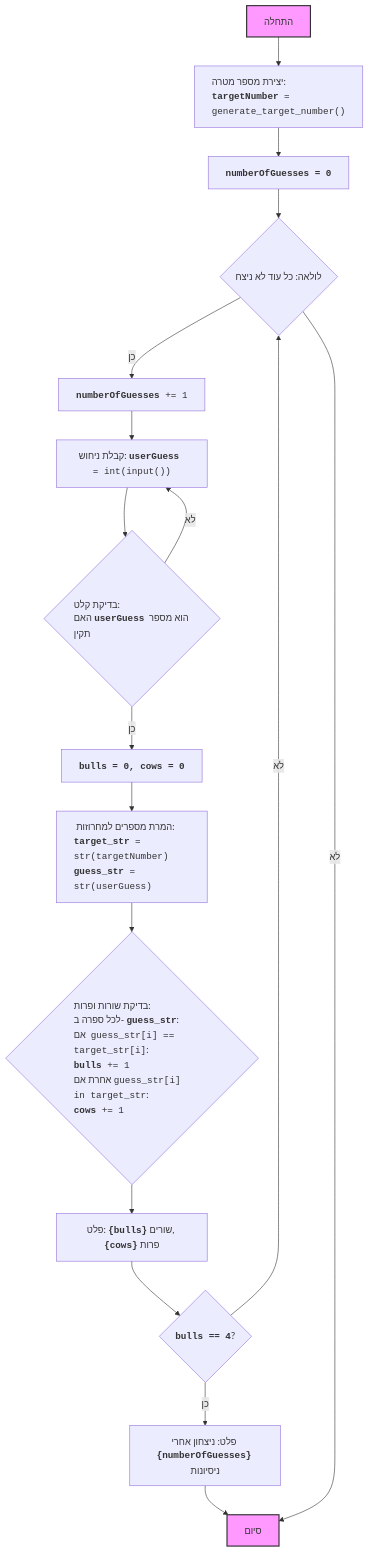
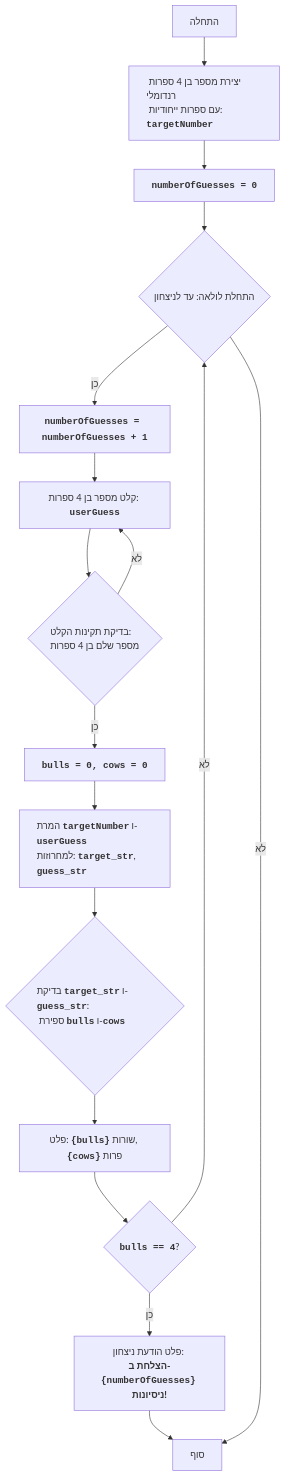
One commit to hypo69/hypo changed the diagram in docs/gemini/he/explainer/src/endpoints/ai_games/101_basic_computer_games/ru/GAMES/BULLCOW/bullcow.py.md. Above: the diagram before and after it, drawn with Mermaid. The commit also changed other lines of this file and 885 other files, not shown here.

````diff
--- a/docs/gemini/he/explainer/src/endpoints/ai_games/101_basic_computer_games/ru/GAMES/BULLCOW/bullcow.py.md
+++ b/docs/gemini/he/explainer/src/endpoints/ai_games/101_basic_computer_games/ru/GAMES/BULLCOW/bullcow.py.md
@@ -63,22 +42,19 @@
 ```mermaid
 flowchart TD
-    Start["התחלה"] --> GenerateTargetNumber["<p align='left'>יצירת מספר מטרה: <br><code><b>targetNumber</b> = generate_target_number()</code></p>"]
+    Start[התחלה] --> GenerateTargetNumber["<p align='left'>יצירת מספר בן 4 ספרות רנדומלי <br> עם ספרות ייחודיות: <code><b>targetNumber</b></code></p>"]
     GenerateTargetNumber --> InitializeGuesses["<code><b>numberOfGuesses = 0</b></code>"]
-    InitializeGuesses --> LoopStart{"לולאה: כל עוד לא ניצח"}
-    LoopStart -- כן --> IncreaseGuesses["<code><b>numberOfGuesses</b> += 1</code>"]
-    IncreaseGuesses --> InputGuess["קבלת ניחוש: <code><b>userGuess</b> = int(input())</code>"]
-    InputGuess --> ValidateInput{"<p align='left'>בדיקת קלט: <br>האם <code><b>userGuess</b></code> הוא מספר תקין</p>"}
+    InitializeGuesses --> LoopStart{"התחלת לולאה: עד לניצחון"}
+    LoopStart -- כן --> IncreaseGuesses["<code><b>numberOfGuesses = numberOfGuesses + 1</b></code>"]
+    IncreaseGuesses --> InputGuess["קלט מספר בן 4 ספרות: <code><b>userGuess</b></code>"]
+    InputGuess --> ValidateInput{"<p align='left'>בדיקת תקינות הקלט: <br>מספר שלם בן 4 ספרות</p>"}
     ValidateInput -- לא --> InputGuess
     ValidateInput -- כן --> InitializeBullsCows["<code><b>bulls = 0, cows = 0</b></code>"]
-    InitializeBullsCows --> ConvertToStrings["<p align='left'> המרת מספרים למחרוזות: <br><code><b>target_str</b> = str(targetNumber)</code><br><code><b>guess_str</b> = str(userGuess)</code></p>"]
-    ConvertToStrings --> CheckBullsCows{"<p align='left'>בדיקת שורות ופרות:<br>לכל ספרה ב- <code><b>guess_str</b></code>: <br>אם  <code>guess_str[i] == target_str[i]</code>: <br><code><b>bulls</b> += 1</code> <br>אחרת אם <code>guess_str[i] in target_str</code>:<br><code><b>cows</b> += 1</code></p>"}
-    CheckBullsCows --> OutputBullsCows["פלט: <code><b>{bulls}</b></code> שורים, <code><b>{cows}</b></code> פרות"]
+    InitializeBullsCows --> ConvertNumbersToStrings["<p align='left'>המרת <code><b>targetNumber</b></code> ו-<code><b>userGuess</b></code> <br>למחרוזות: <code><b>target_str</b></code>, <code><b>guess_str</b></code></p>"]
+    ConvertNumbersToStrings --> CheckBullsCows{"<p align='left'>בדיקת <code><b>target_str</b></code> ו-<code><b>guess_str</b></code>:<br> ספירת <code><b>bulls</b></code> ו-<code><b>cows</b></code></p>"}
+    CheckBullsCows --> OutputBullsCows["פלט: <code><b>{bulls}</b></code> שורות, <code><b>{cows}</b></code> פרות"]
     OutputBullsCows --> CheckWin{"<code><b>bulls == 4</b></code>?"}
-    CheckWin -- כן --> OutputWin["פלט: ניצחון אחרי <code><b>{numberOfGuesses}</b></code> ניסיונות"]
-    OutputWin --> End["סיום"]
+    CheckWin -- כן --> OutputWin["פלט הודעת ניצחון: <br><b>הצלחת ב-<code>{numberOfGuesses}</code> ניסיונות!</b>"]
+    OutputWin --> End[סוף]
     CheckWin -- לא --> LoopStart
     LoopStart -- לא --> End
-
-    style Start fill:#f9f,stroke:#333,stroke-width:2px
-    style End fill:#f9f,stroke:#333,stroke-width:2px
 ```
````
